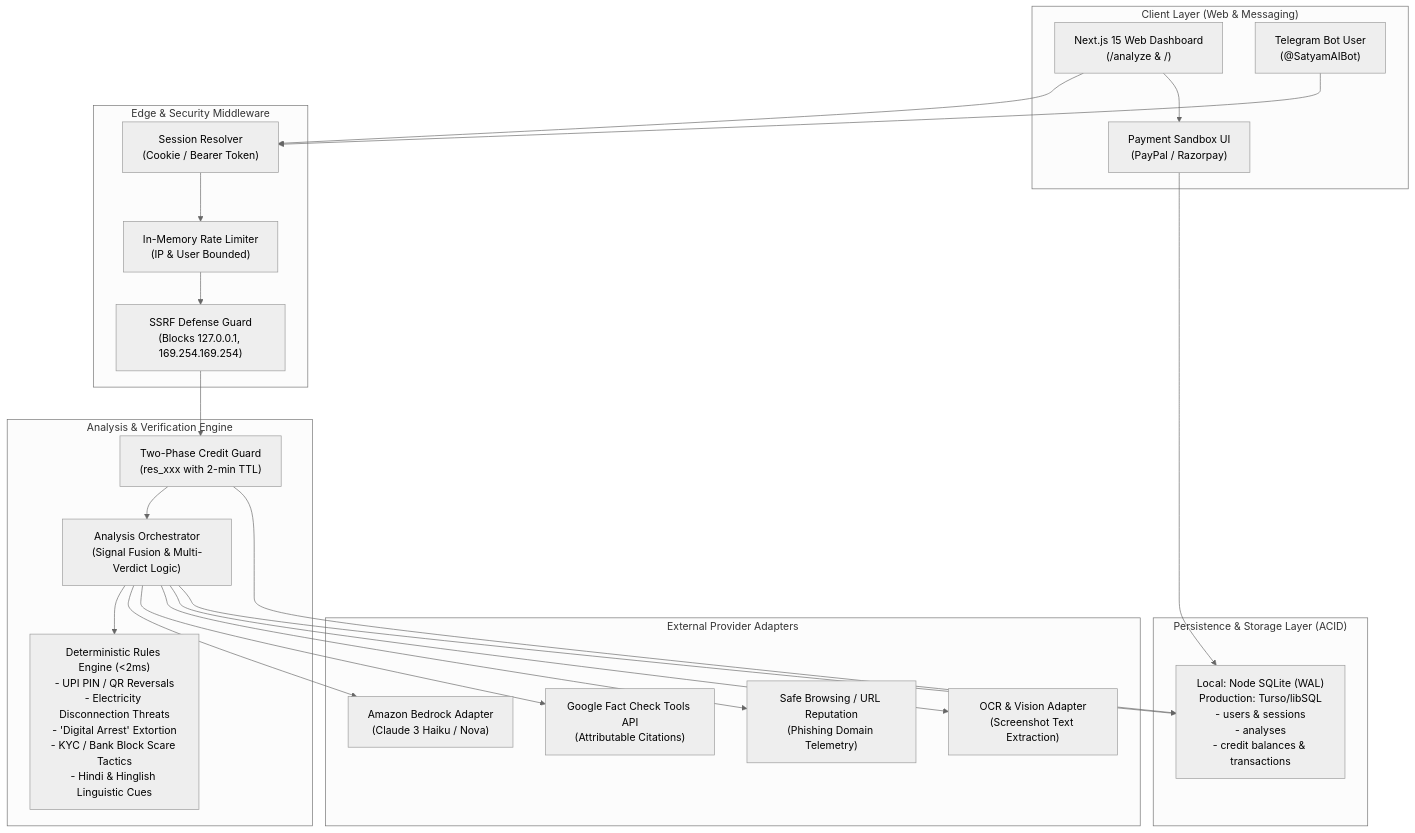
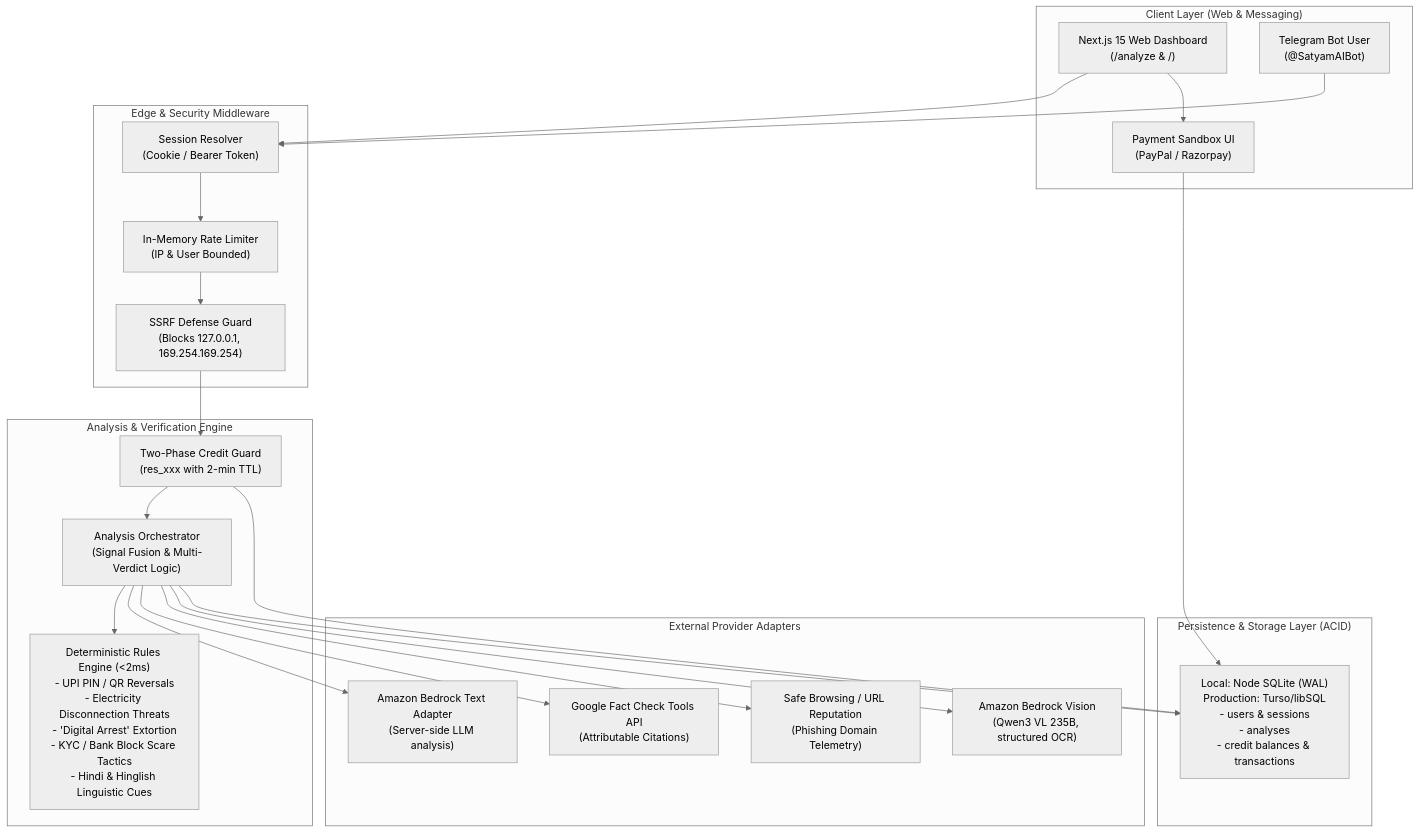
Before and after one commit to AmanInAction/satyam-ai: the first of 4 diagrams in README.md, drawn with Mermaid (neutral theme). The commit also changed other lines of this file and 28 other files, not shown here.

Commit message:
updated the vision OCR model

````diff
--- a/README.md
+++ b/README.md
@@ -18,48 +20,48 @@
 ```mermaid
 graph TD
     subgraph ClientLayer ["Client Layer (Web & Messaging)"]
         UI["Next.js 15 Web Dashboard<br/>(/analyze & /)"]
         TGBot["Telegram Bot User<br/>(@SatyamAIBot)"]
         PaypalModal["Payment Sandbox UI<br/>(PayPal / Razorpay)"]
     end
 
     subgraph GatewayLayer ["Edge & Security Middleware"]
         RateLimit["In-Memory Rate Limiter<br/>(IP & User Bounded)"]
         SSRF["SSRF Defense Guard<br/>(Blocks 127.0.0.1, 169.254.169.254)"]
         SessionParser["Session Resolver<br/>(Cookie / Bearer Token)"]
     end
 
     subgraph CoreEngine ["Analysis & Verification Engine"]
         CreditGuard["Two-Phase Credit Guard<br/>(res_xxx with 2-min TTL)"]
         RulesEngine["Deterministic Rules Engine (&lt;2ms)<br/>- UPI PIN / QR Reversals<br/>- Electricity Disconnection Threats<br/>- 'Digital Arrest' Extortion<br/>- KYC / Bank Block Scare Tactics<br/>- Hindi & Hinglish Linguistic Cues"]
         Orchestrator["Analysis Orchestrator<br/>(Signal Fusion & Multi-Verdict Logic)"]
     end
 
     subgraph ExternalAdapters ["External Provider Adapters"]
-        Bedrock["Amazon Bedrock Adapter<br/>(Claude 3 Haiku / Nova)"]
+        Bedrock["Amazon Bedrock Text Adapter<br/>(Server-side LLM analysis)"]
         FactCheck["Google Fact Check Tools API<br/>(Attributable Citations)"]
         SafeBrowsing["Safe Browsing / URL Reputation<br/>(Phishing Domain Telemetry)"]
-        VisionOCR["OCR & Vision Adapter<br/>(Screenshot Text Extraction)"]
+        VisionOCR["Amazon Bedrock Vision<br/>(Qwen3 VL 235B, structured OCR)"]
     end
 
     subgraph DataPersistence ["Persistence & Storage Layer (ACID)"]
         SQLiteDB["Local: Node SQLite (WAL)<br/>Production: Turso/libSQL<br/>- users & sessions<br/>- analyses<br/>- credit balances & transactions"]
         
     end
 
     UI --> SessionParser
     UI --> PaypalModal
     TGBot --> SessionParser
     SessionParser --> RateLimit
     RateLimit --> SSRF
     SSRF --> CreditGuard
     CreditGuard --> Orchestrator
     Orchestrator --> RulesEngine
     Orchestrator --> Bedrock
     Orchestrator --> FactCheck
     Orchestrator --> SafeBrowsing
     Orchestrator --> VisionOCR
     Orchestrator --> SQLiteDB
     CreditGuard --> SQLiteDB
     PaypalModal --> SQLiteDB
 ```
````
